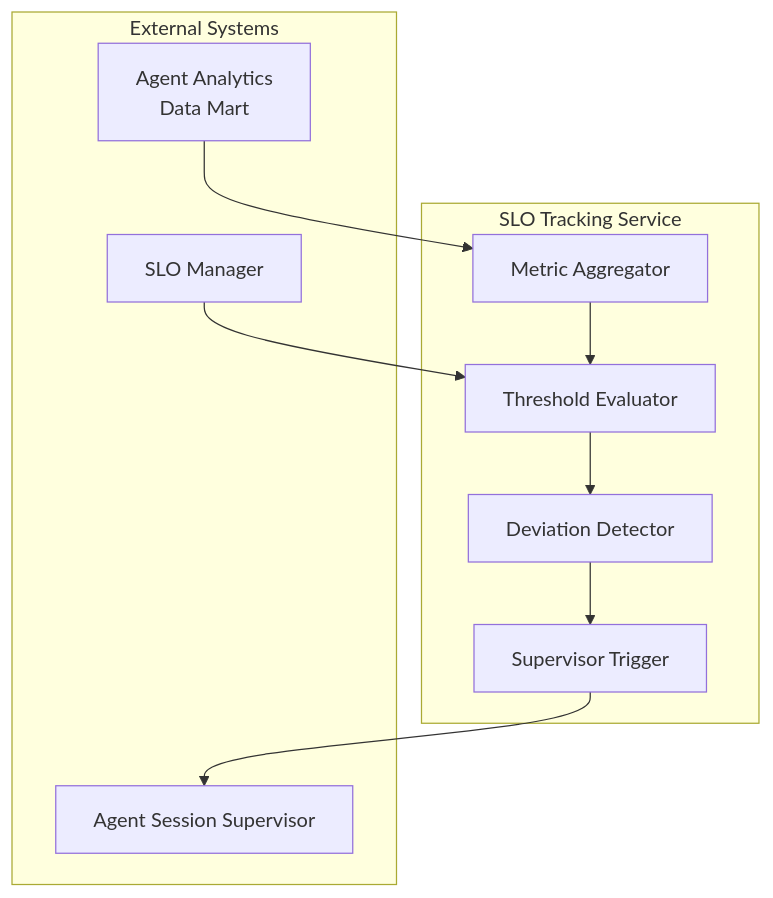
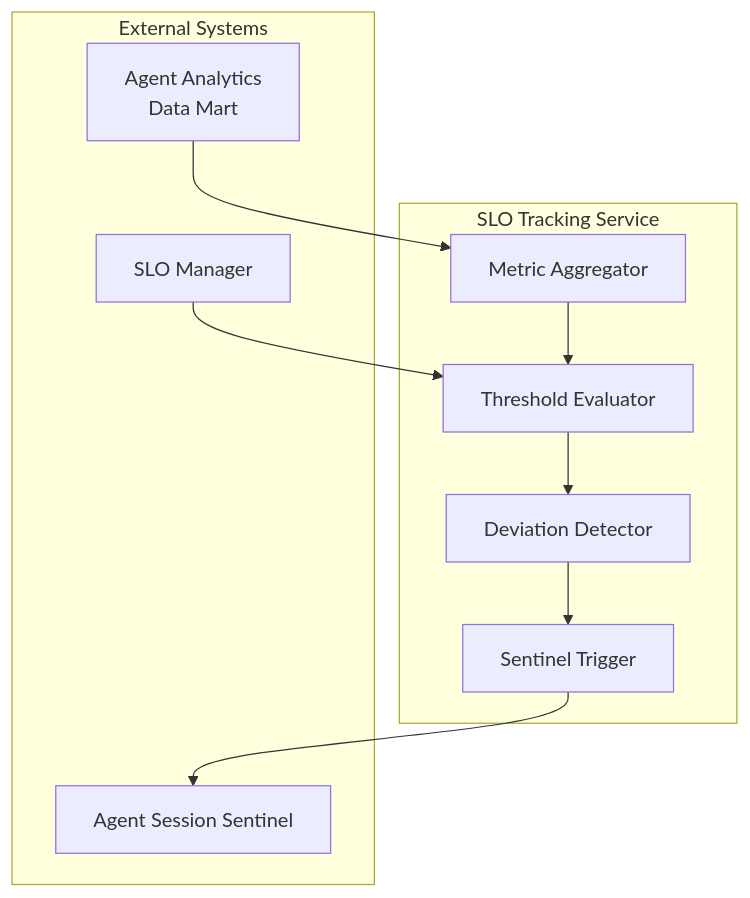
One commit to gramki/temp-website changed the first of 5 diagrams in olympus-seer-docs/seer-design/subsystems/agent-health-monitor/slo-tracking-service.md. Above: the diagram before and after it, drawn with Mermaid. The commit also changed other lines of this file and 54 other files, not shown here.

````diff
--- a/olympus-seer-docs/seer-design/subsystems/agent-health-monitor/slo-tracking-service.md
+++ b/olympus-seer-docs/seer-design/subsystems/agent-health-monitor/slo-tracking-service.md
@@ -19,22 +19,22 @@
 ```mermaid
 flowchart TB
     subgraph SLOT[SLO Tracking Service]
         MetricAggregator[Metric Aggregator]
         ThresholdEvaluator[Threshold Evaluator]
         DeviationDetector[Deviation Detector]
-        SupervisorTrigger[Supervisor Trigger]
+        SentinelTrigger[Sentinel Trigger]
     end
     
     subgraph ExternalSystems[External Systems]
         AgentAnalytics[Agent Analytics<br/>Data Mart]
         SLOM[SLO Manager]
-        AgentSessionSupervisor[Agent Session Supervisor]
+        AgentSessionSentinel[Agent Session Sentinel]
     end
     
     AgentAnalytics --> MetricAggregator
     SLOM --> ThresholdEvaluator
     MetricAggregator --> ThresholdEvaluator
     ThresholdEvaluator --> DeviationDetector
-    DeviationDetector --> SupervisorTrigger
-    SupervisorTrigger --> AgentSessionSupervisor
+    DeviationDetector --> SentinelTrigger
+    SentinelTrigger --> AgentSessionSentinel
 ```
````
